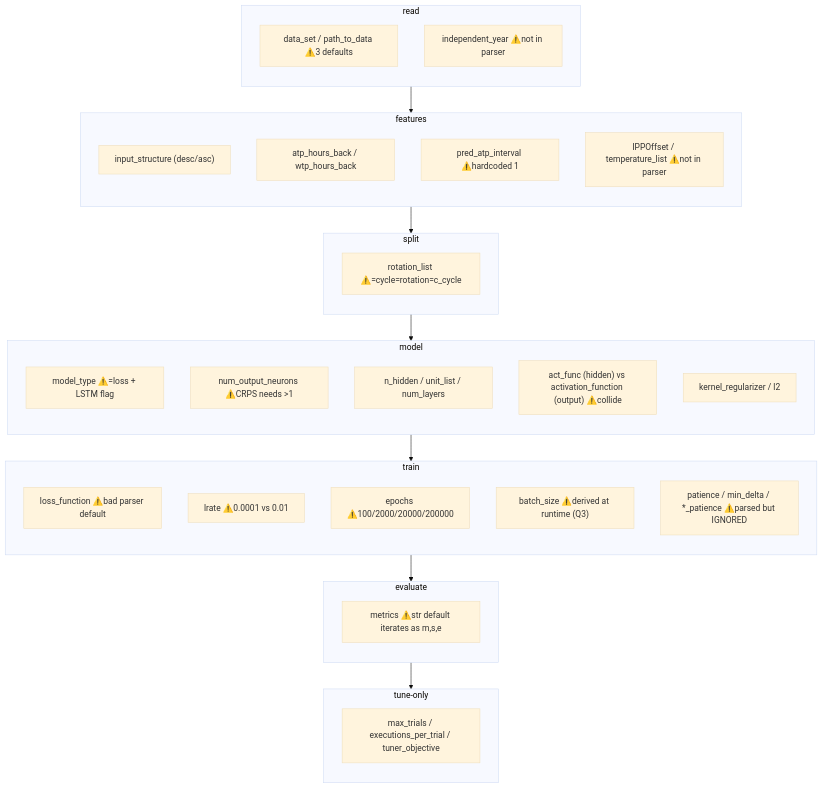
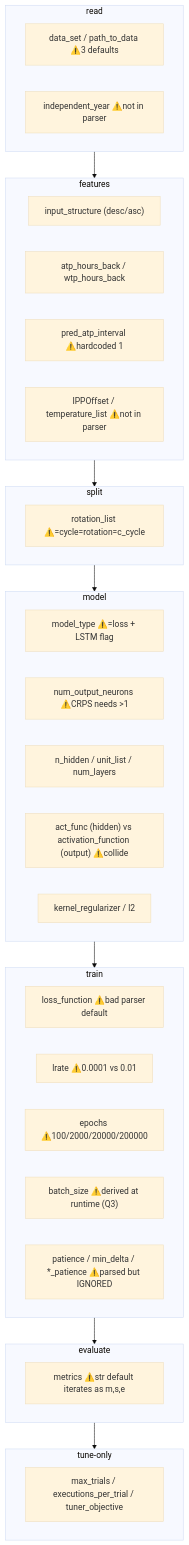
Before and after one commit to conrad-blucher-institute/UQ4ML_WaterTemp: the second of 6 diagrams in docs/ESB_STAGE_A_REPORT.md, drawn with Mermaid (base theme). The commit also changed other lines of this file and 2 other files, not shown here.

First line of the commit message:
docs: dark-mode-readable mermaid diagrams (borders not fills)

````diff
--- a/docs/ESB_STAGE_A_REPORT.md
+++ b/docs/ESB_STAGE_A_REPORT.md
@@ -41,44 +54,37 @@
 ```mermaid
 flowchart TB
   subgraph READ["read"]
-    direction TB
     r1["data_set / path_to_data ⚠️3 defaults"]
     r2["independent_year ⚠️not in parser"]
   end
   subgraph FEAT["features"]
-    direction TB
     f1["input_structure (desc/asc)"]
     f2["atp_hours_back / wtp_hours_back"]
     f3["pred_atp_interval ⚠️hardcoded 1"]
     f4["IPPOffset / temperature_list ⚠️not in parser"]
   end
   subgraph SPLIT["split"]
-    direction TB
     s1["rotation_list ⚠️=cycle=rotation=c_cycle"]
   end
   subgraph MODEL["model"]
-    direction TB
     m1["model_type ⚠️=loss + LSTM flag"]
     m2["num_output_neurons ⚠️CRPS needs >1"]
     m3["n_hidden / unit_list / num_layers"]
     m4["act_func (hidden) vs activation_function (output) ⚠️collide"]
     m5["kernel_regularizer / l2"]
   end
   subgraph TRAIN["train"]
-    direction TB
     t1["loss_function ⚠️bad parser default"]
     t2["lrate ⚠️0.0001 vs 0.01"]
     t3["epochs ⚠️100/2000/20000/200000"]
     t4["batch_size ⚠️derived at runtime (Q3)"]
     t5["patience / min_delta / *_patience ⚠️parsed but IGNORED"]
   end
   subgraph EVAL["evaluate"]
-    direction TB
     e1["metrics ⚠️str default iterates as m,s,e"]
   end
   subgraph TUNE["tune-only"]
-    direction TB
     u1["max_trials / executions_per_trial / tuner_objective"]
   end
   READ --> FEAT --> SPLIT --> MODEL --> TRAIN --> EVAL --> TUNE
 ```
````
